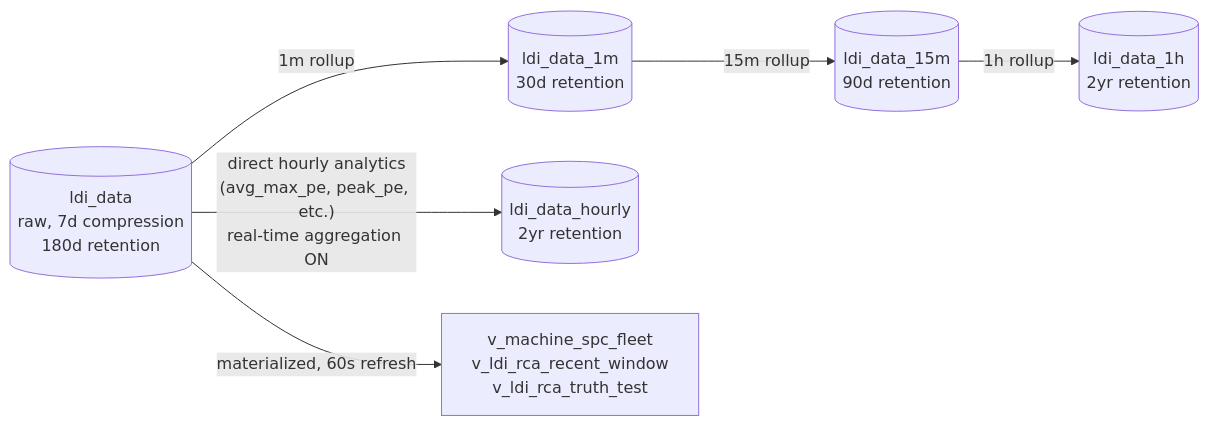
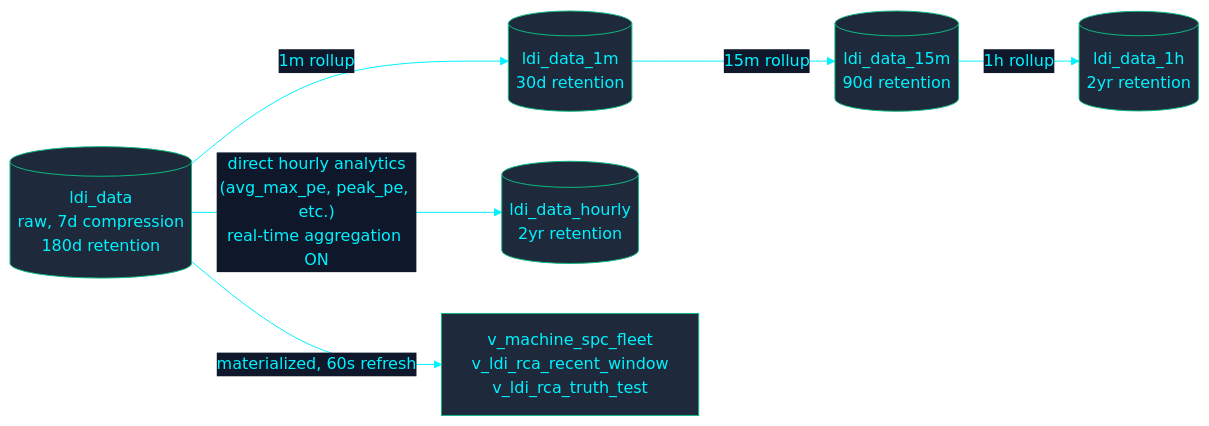
Before and after one commit to PATTANAKORN025/IMS: the second of 3 diagrams in docs/architecture/DATA_FLOW.md, drawn with Mermaid. The commit also changed other lines of this file and 5 other files, not shown here.

Commit message:
docs: upgrade architecture diagrams with native NOC Cyberpunk mermaid theming

````diff
--- a/docs/architecture/DATA_FLOW.md
+++ b/docs/architecture/DATA_FLOW.md
@@ -49,12 +50,13 @@
 ```mermaid
+%%{init: {'theme': 'base', 'themeVariables': { 'primaryColor': '#1e293b', 'primaryTextColor': '#00F2FE', 'primaryBorderColor': '#10B981', 'lineColor': '#00F2FE', 'secondaryColor': '#0f172a', 'tertiaryColor': '#0f172a', 'clusterBkg': '#030407', 'clusterBorder': '#00F2FE'}}}%%
 flowchart LR
  RAW[("ldi_data\nraw, 7d compression\n180d retention")]
 
  RAW -->|"1m rollup"| M1[("ldi_data_1m\n30d retention")]
  M1 -->|"15m rollup"| M15[("ldi_data_15m\n90d retention")]
  M15 -->|"1h rollup"| M1H[("ldi_data_1h\n2yr retention")]
 
  RAW -->|"direct hourly analytics\n(avg_max_pe, peak_pe, etc.)\nreal-time aggregation ON"| MHOURLY[("ldi_data_hourly\n2yr retention")]
 
  RAW -->|"materialized, 60s refresh"| SPCVIEW["v_machine_spc_fleet\nv_ldi_rca_recent_window\nv_ldi_rca_truth_test"]
 ```
````
